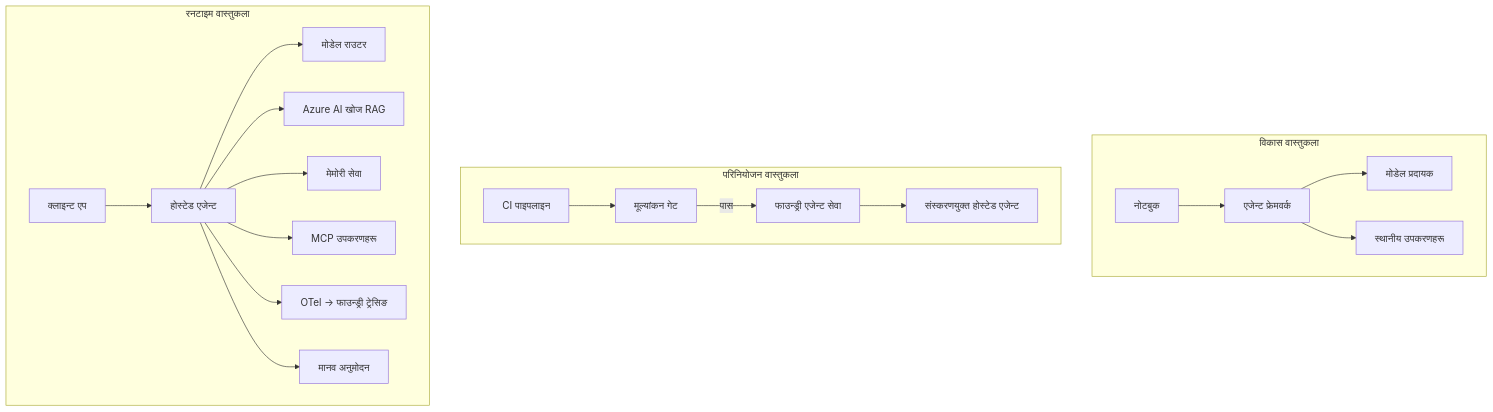
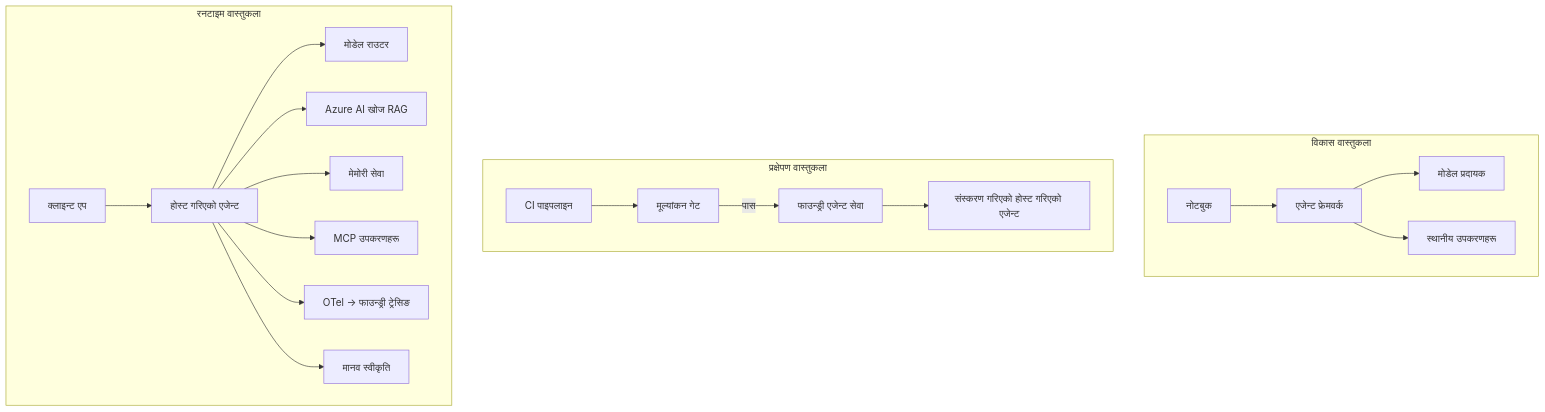
The fourth of 4 diagrams in mirrors/repos/microsoft@ai-agents-for-beginners/translations/ne/16-deploying-scalable-agents/README.md (gabrielmoreira/agent-skills-mirror), drawn with Mermaid before and after one commit. The commit also changed other lines of this file and 4262 other files, not shown here.

````diff
--- a/mirrors/repos/microsoft@ai-agents-for-beginners/translations/ne/16-deploying-scalable-agents/README.md
+++ b/mirrors/repos/microsoft@ai-agents-for-beginners/translations/ne/16-deploying-scalable-agents/README.md
@@ -185,22 +185,22 @@
 ```mermaid
 flowchart TB
     subgraph Dev[विकास वास्तुकला]
         D1[नोटबुक] --> D2[एजेन्ट फ्रेमवर्क]
         D2 --> D3[मोडेल प्रदायक]
         D2 --> D4[स्थानीय उपकरणहरू]
     end
-    subgraph Deploy[परिनियोजन वास्तुकला]
+    subgraph Deploy[प्रक्षेपण वास्तुकला]
         E1[CI पाइपलाइन] --> E2[मूल्यांकन गेट]
         E2 -->|पास| E3[फाउन्ड्री एजेन्ट सेवा]
-        E3 --> E4[संस्करणयुक्त होस्टेड एजेन्ट]
+        E3 --> E4[संस्करण गरिएको होस्ट गरिएको एजेन्ट]
     end
     subgraph Run[रनटाइम वास्तुकला]
-        F1[क्लाइन्ट एप] --> F2[होस्टेड एजेन्ट]
+        F1[क्लाइन्ट एप] --> F2[होस्ट गरिएको एजेन्ट]
         F2 --> F3[मोडेल राउटर]
         F2 --> F4[Azure AI खोज RAG]
         F2 --> F5[मेमोरी सेवा]
         F2 --> F6[MCP उपकरणहरू]
         F2 --> F7[OTel -> फाउन्ड्री ट्रेसिङ]
-        F2 --> F8[मानव अनुमोदन]
+        F2 --> F8[मानव स्वीकृति]
     end
 ```
````
